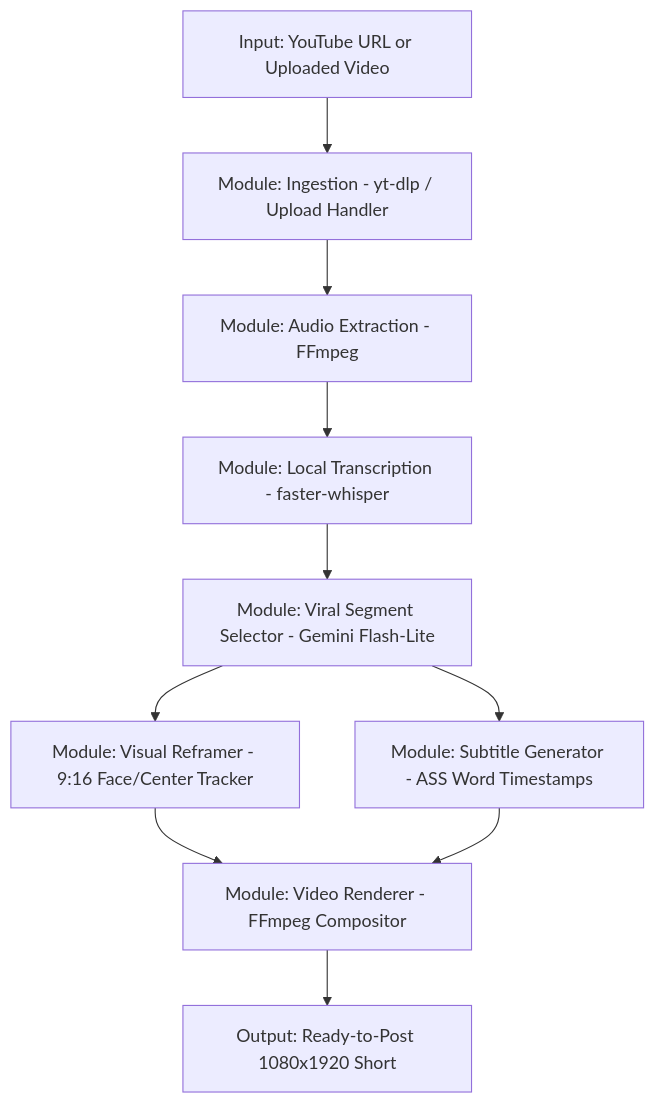
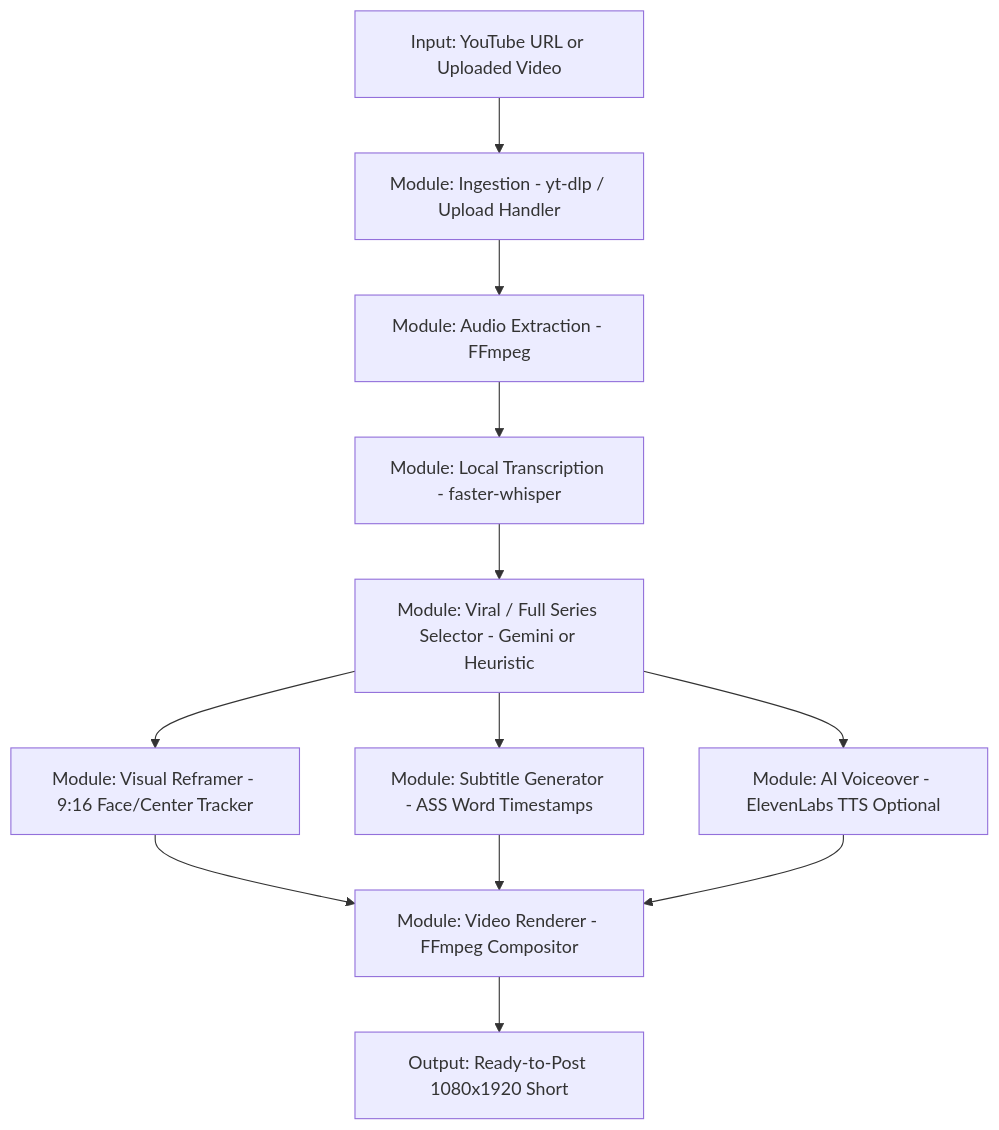
Before and after one commit to trandangai/openshorts: the diagram in docs/NEW_FEATURE_VIDEO_CLIPPING_PLAN.md, drawn with Mermaid. The commit also changed other lines of this file and 10 other files, not shown here.

Commit message:
feat: add ElevenLabs AI voiceover integration, multi-language translation, and full series coverage mode

````diff
--- a/docs/NEW_FEATURE_VIDEO_CLIPPING_PLAN.md
+++ b/docs/NEW_FEATURE_VIDEO_CLIPPING_PLAN.md
@@ -35,12 +37,14 @@
 ```mermaid
 graph TD
     A[Input: YouTube URL or Uploaded Video] --> B[Module: Ingestion - yt-dlp / Upload Handler]
     B --> C[Module: Audio Extraction - FFmpeg]
     C --> D[Module: Local Transcription - faster-whisper]
-    D --> E[Module: Viral Segment Selector - Gemini Flash-Lite]
+    D --> E[Module: Viral / Full Series Selector - Gemini or Heuristic]
     E --> F[Module: Visual Reframer - 9:16 Face/Center Tracker]
     E --> G[Module: Subtitle Generator - ASS Word Timestamps]
+    E --> V[Module: AI Voiceover - ElevenLabs TTS Optional]
     F --> H[Module: Video Renderer - FFmpeg Compositor]
     G --> H
+    V --> H
     H --> I[Output: Ready-to-Post 1080x1920 Short]
 ```
````
